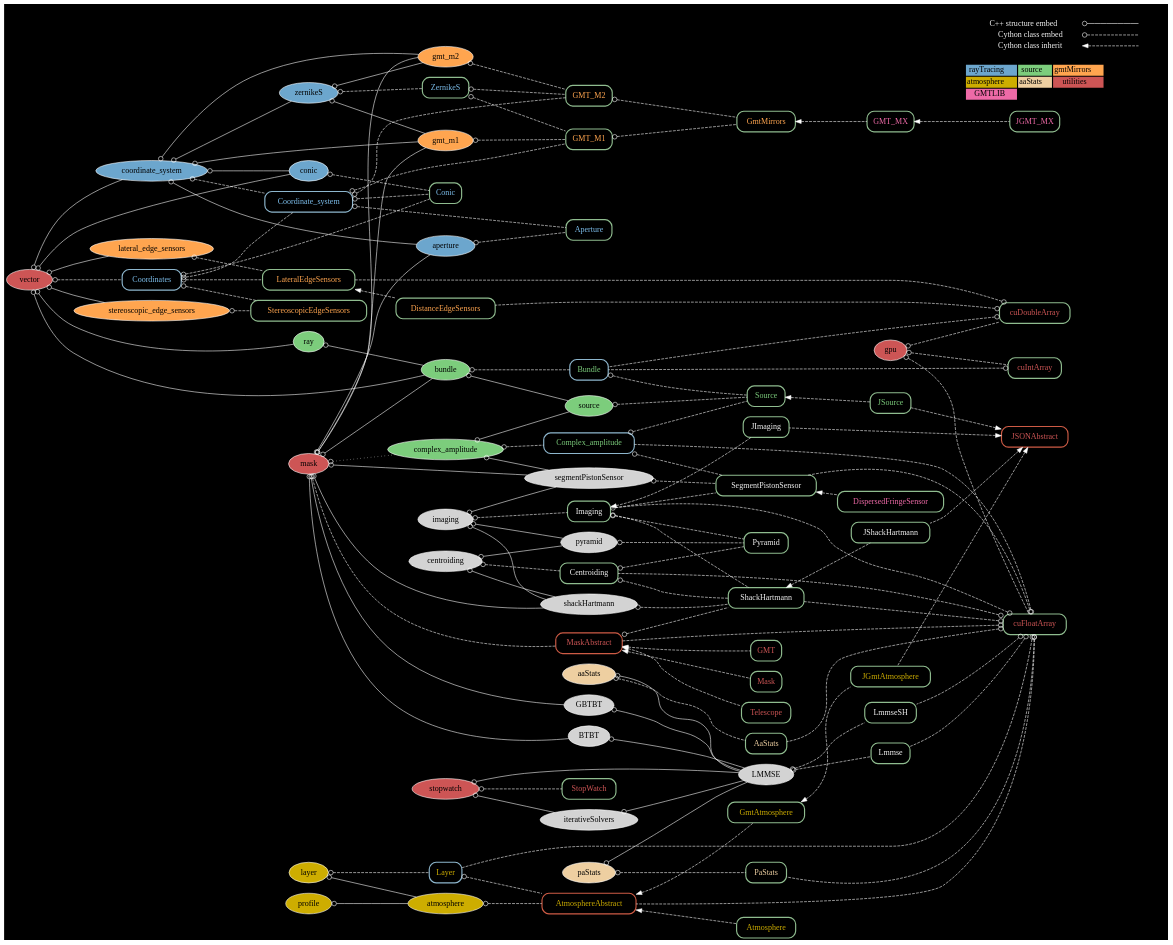
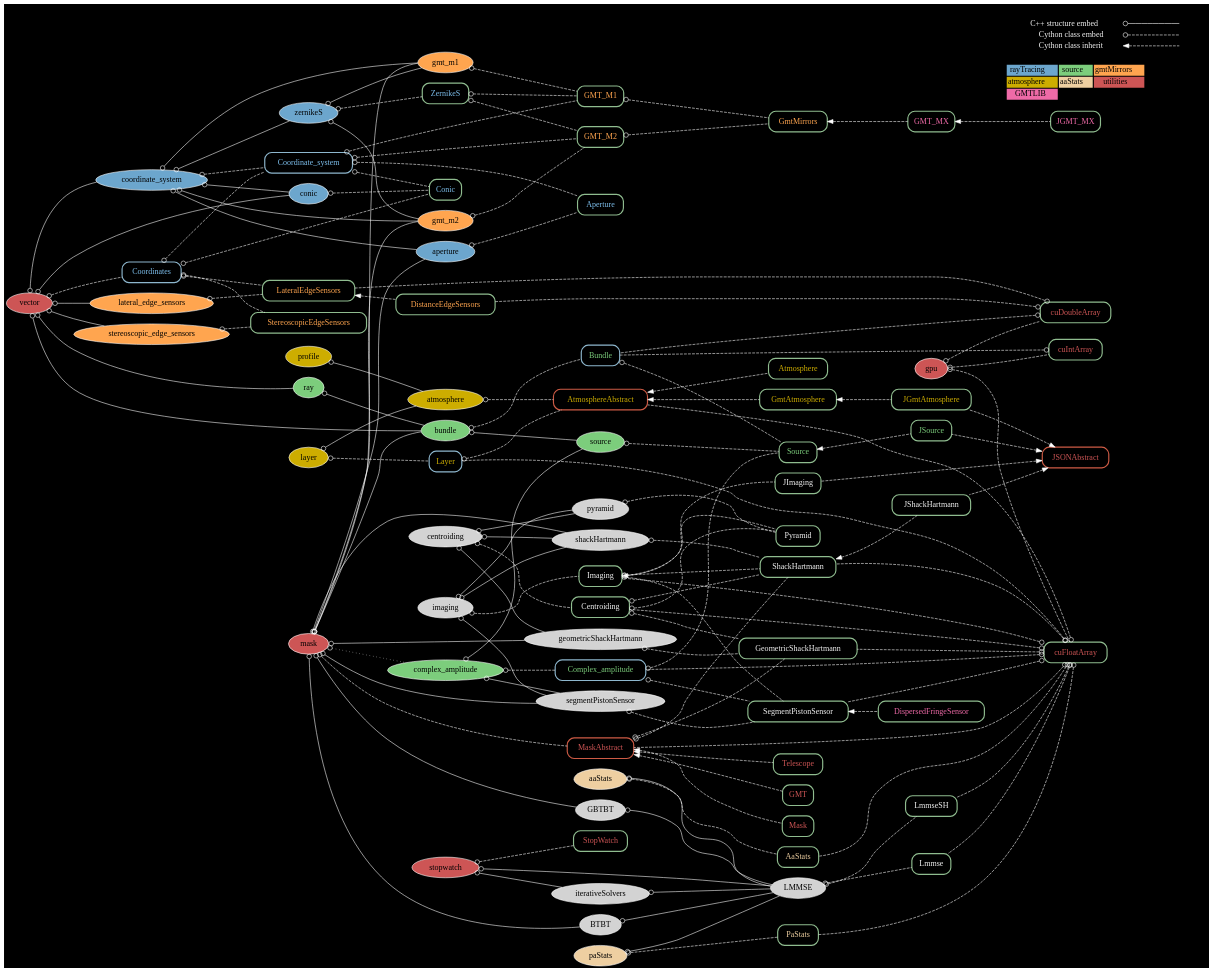
One commit to rconan/CEO changed the diagram in graph/ceo.dot. Above: the diagram before and after it, drawn with Graphviz. The commit also changed 5 other files, not shown here.

Commit message:
ADDED A GEOMETRIC SHACKHARTMANN MODEL The geometricShackHartmann C++ structure and GeometricShackHartmann cython class are now representing a geometric model of a Shack-hartmann WFS. The geometric model can be used as a drop-in replacement of the diffractive model.

```diff
--- a/graph/ceo.dot
+++ b/graph/ceo.dot
@@ -50,7 +50,7 @@
 gpu;
 }
 
-centroiding -> shackHartmann;
+centroiding -> {shackHartmann; geometricShackHartmann};
 centroiding -> pyramid;
 bundle -> source;
 
@@ -76,7 +76,7 @@
 gpu;
 
 complex_amplitude -> segmentPistonSensor;
-mask -> {shackHartmann;gmt_m1;gmt_m2;bundle;BTBT;GBTBT;segmentPistonSensor;}
+mask -> {shackHartmann;geometricShackHartmann;gmt_m1;gmt_m2;bundle;BTBT;GBTBT;segmentPistonSensor;}
 imaging -> {shackHartmann;pyramid;segmentPistonSensor;}
 
 edge[style=dotted,color=white]
@@ -164,8 +164,9 @@
 Bundle -> Source[label="rays"];
 
 shackHartmann -> ShackHartmann;
-MaskAbstract -> ShackHartmann;
-Centroiding -> ShackHartmann;
+geometricShackHartmann -> GeometricShackHartmann;
+MaskAbstract -> {ShackHartmann; GeometricShackHartmann}
+Centroiding -> {ShackHartmann; GeometricShackHartmann}
 
 pyramid -> Pyramid;
 Centroiding -> Pyramid;
@@ -213,7 +214,7 @@
 
 gpu -> {cuFloatArray;cuIntArray;cuDoubleArray;}
 LMMSE -> {Lmmse;LmmseSH;}
-cuFloatArray -> {Imaging;Centroiding;Complex_amplitude;ShackHartmann;SegmentPistonSensor;Layer;MaskAbstract;Lmmse;LmmseSH;AtmosphereAbstract;AaStats;PaStats;}
+cuFloatArray -> {Imaging;Centroiding;Complex_amplitude;ShackHartmann;GeometricShackHartmann;SegmentPistonSensor;Layer;MaskAbstract;Lmmse;LmmseSH;AtmosphereAbstract;AaStats;PaStats;}
 
 edge[dir=back,arrowtail=normal];
 
```
